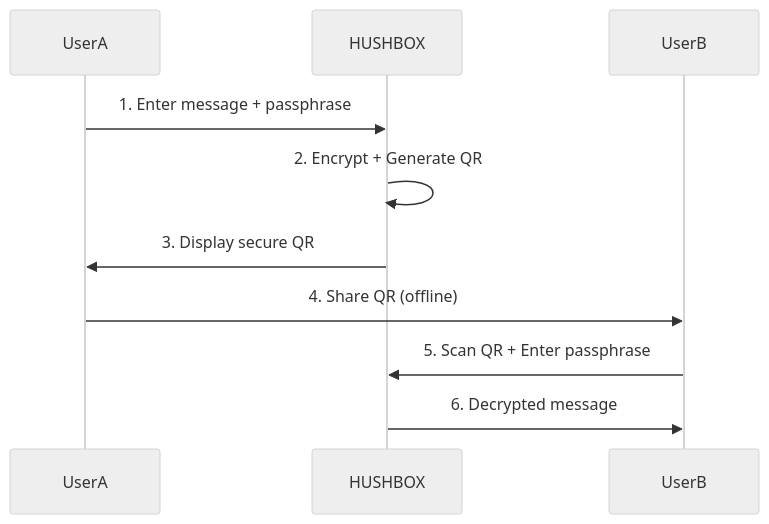
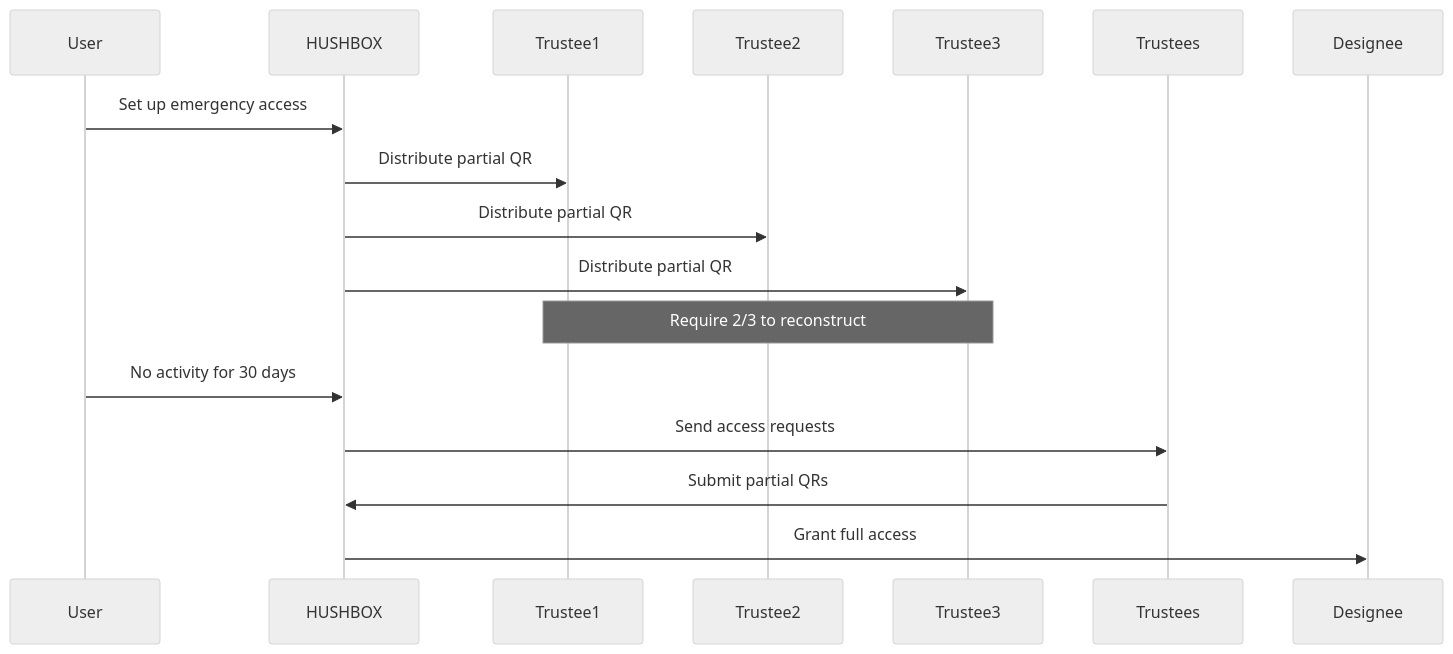
Before and after one commit to MPetovick/testHUSHBOX: the seventh of 10 diagrams in README.md, drawn with Mermaid (neutral theme). The commit also changed other lines of this file, not shown here.

````diff
--- a/README.md
+++ b/README.md
@@ -134,13 +149,18 @@
 ```mermaid
 sequenceDiagram
-    participant UserA
+    participant User
     participant HUSHBOX
-    participant UserB
-
-    UserA->>HUSHBOX: 1. Enter message + passphrase
-    HUSHBOX->>HUSHBOX: 2. Encrypt + Generate QR
-    HUSHBOX->>UserA: 3. Display secure QR
-    UserA->>UserB: 4. Share QR (offline)
-    UserB->>HUSHBOX: 5. Scan QR + Enter passphrase
-    HUSHBOX->>UserB: 6. Decrypted message
+    participant Trustee1
+    participant Trustee2
+    participant Trustee3
+    
+    User->>HUSHBOX: Set up emergency access
+    HUSHBOX->>Trustee1: Distribute partial QR
+    HUSHBOX->>Trustee2: Distribute partial QR
+    HUSHBOX->>Trustee3: Distribute partial QR
+    Note over Trustee1,Trustee3: Require 2/3 to reconstruct
+    User->>HUSHBOX: No activity for 30 days
+    HUSHBOX->>Trustees: Send access requests
+    Trustees->>HUSHBOX: Submit partial QRs
+    HUSHBOX->>Designee: Grant full access
 ```
````
